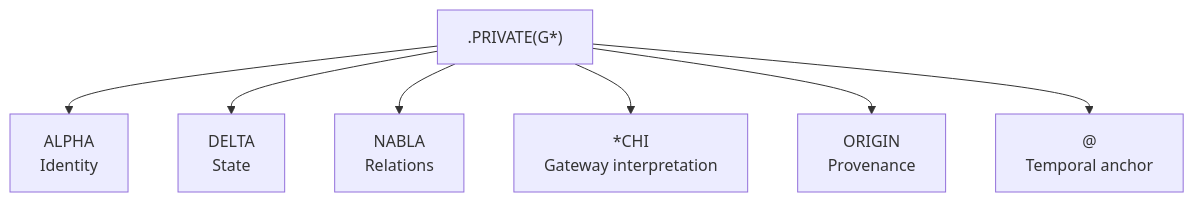
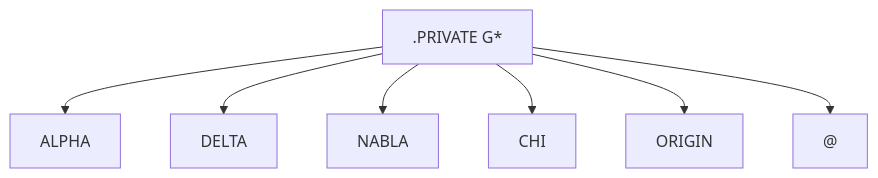
Diagram 30 of 37 in @CGS.md (flipoyo/ComplexGitSync), drawn with Mermaid before and after one commit. The commit also changed other lines of this file, not shown here.

````diff
--- a/@CGS.md
+++ b/@CGS.md
@@ -757,18 +855,18 @@
 ```mermaid
 flowchart TB
-    PRIVATE[".PRIVATE(G*)"]
+    PRIVATE[".PRIVATE G*"]
 
-    A["ALPHA<br/>Identity"]
-    D["DELTA<br/>State"]
-    N["NABLA<br/>Relations"]
-    C["*CHI<br/>Gateway interpretation"]
-    O["ORIGIN<br/>Provenance"]
-    T["@<br/>Temporal anchor"]
+    ALPHA["ALPHA"]
+    DELTA["DELTA"]
+    NABLA["NABLA"]
+    CHI["CHI"]
+    ORIGIN["ORIGIN"]
+    AT["@"]
 
-    PRIVATE --> A
-    PRIVATE --> D
-    PRIVATE --> N
-    PRIVATE --> C
-    PRIVATE --> O
-    PRIVATE --> T
+    PRIVATE --> ALPHA
+    PRIVATE --> DELTA
+    PRIVATE --> NABLA
+    PRIVATE --> CHI
+    PRIVATE --> ORIGIN
+    PRIVATE --> AT
 ```
````
